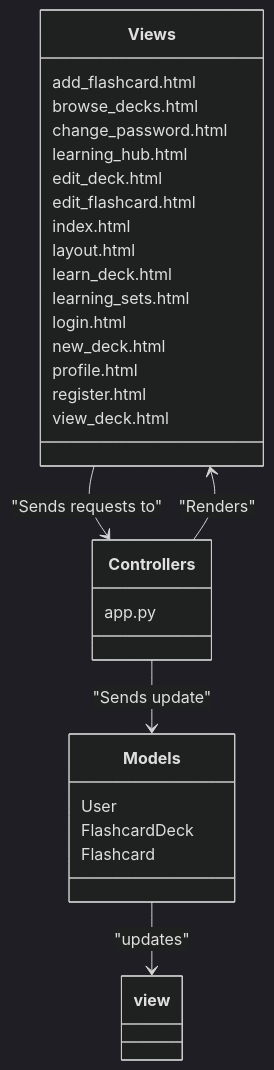
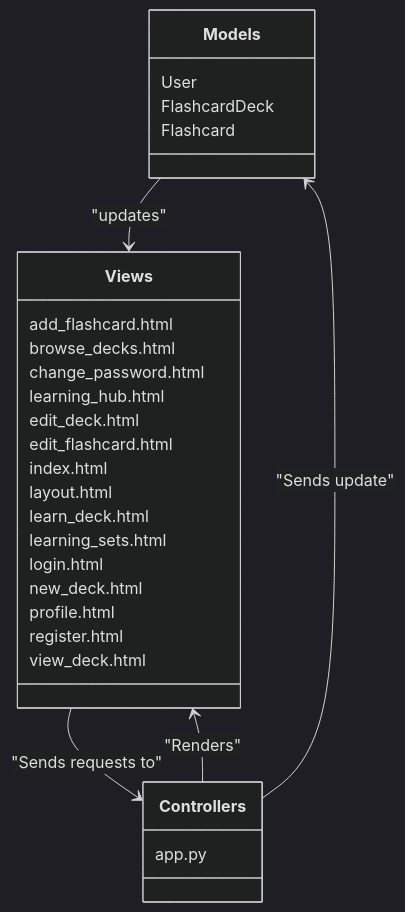
The first of 4 diagrams in docs/technical-docs/architecture.md (nadir-tabouni/Lumen), drawn with Mermaid (dark theme) before and after one commit.

Commit message:
Fix MVC diagram

````diff
--- a/docs/technical-docs/architecture.md
+++ b/docs/technical-docs/architecture.md
@@ -48,35 +48,35 @@
 ```mermaid
 classDiagram
 class Models {
 User
 FlashcardDeck
 Flashcard
 }
 
     class Views {
         add_flashcard.html
         browse_decks.html
         change_password.html
         learning_hub.html
         edit_deck.html
         edit_flashcard.html
         index.html 
         layout.html
         learn_deck.html
         learning_sets.html
         login.html 
         new_deck.html
         profile.html 
         register.html
         view_deck.html
     }
 
     class Controllers {
         app.py
     }
 
-    Models --> view : "updates"
+    Models --> Views : "updates"
     Controllers --> Views : "Renders"
     Controllers --> Models : "Sends update"
     Views --> Controllers : "Sends requests to"
 ```
````
